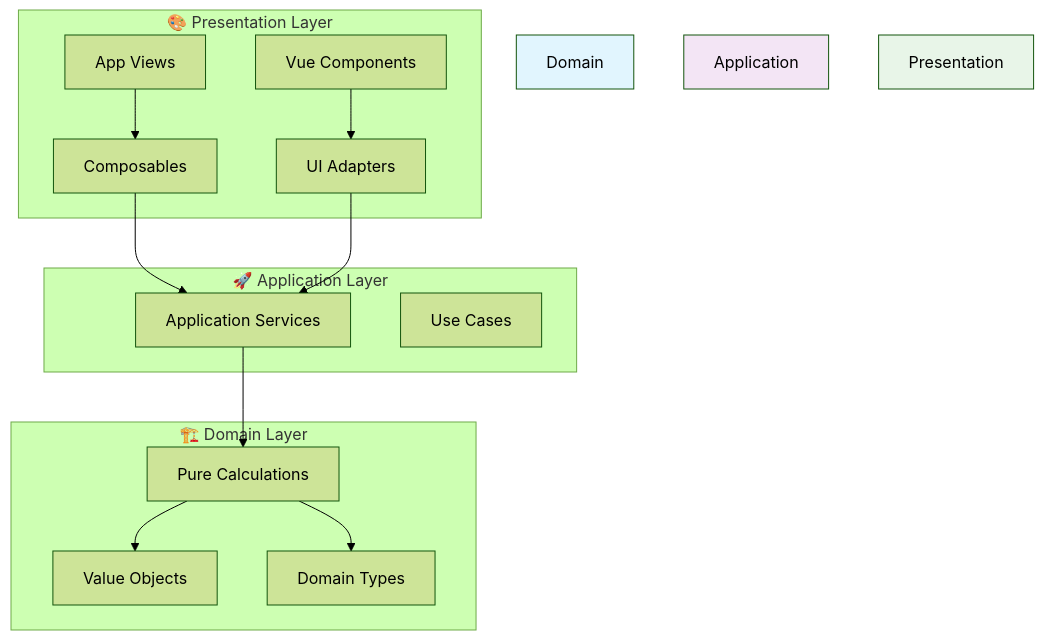
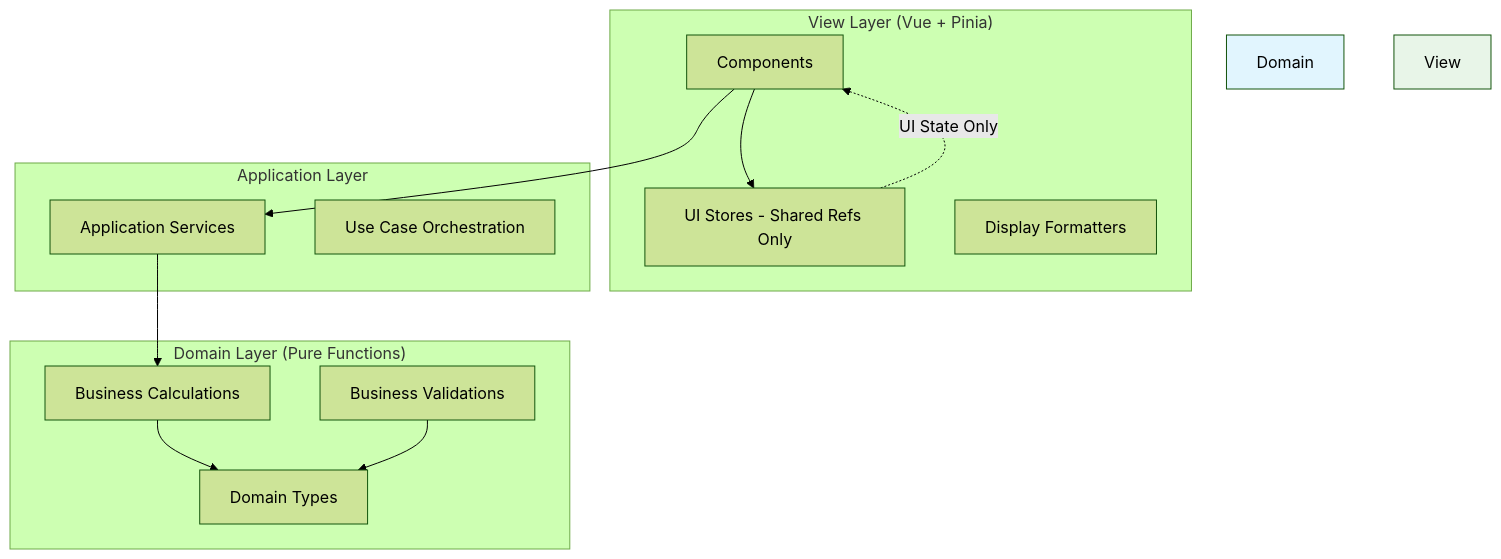
The first of 3 diagrams in docs/ARCHITECTURE.md (AleksejDix/grundstein), drawn with Mermaid (forest theme) before and after one commit. The commit also changed other lines of this file and 14 other files, not shown here.

````diff
--- a/docs/ARCHITECTURE.md
+++ b/docs/ARCHITECTURE.md
@@ -11,32 +28,29 @@
 ```mermaid
 graph TB
-    subgraph "🎨 Presentation Layer"
-        UI[Vue Components]
-        Views[App Views]
-        Composables[Composables]
-        Adapters[UI Adapters]
+    subgraph "View Layer (Vue + Pinia)"
+        UI[Components]
+        STORES[UI Stores - Shared Refs Only]
+        FORMATTERS[Display Formatters]
     end
 
-    subgraph "🚀 Application Layer"
-        AppServices[Application Services]
-        UseCases[Use Cases]
+    subgraph "Application Layer"
+        SERVICES[Application Services]
+        ORCHESTRATION[Use Case Orchestration]
     end
 
-    subgraph "🏗️ Domain Layer"
-        ValueObjects[Value Objects]
-        DomainTypes[Domain Types]
-        Calculations[Pure Calculations]
+    subgraph "Domain Layer (Pure Functions)"
+        CALCULATIONS[Business Calculations]
+        VALIDATIONS[Business Validations]
+        TYPES[Domain Types]
     end
 
-    UI --> Adapters
-    Views --> Composables
-    Composables --> AppServices
-    Adapters --> AppServices
-    AppServices --> Calculations
-    Calculations --> ValueObjects
-    Calculations --> DomainTypes
+    UI --> STORES
+    UI --> SERVICES
+    STORES -.-> |UI State Only| UI
+    SERVICES --> CALCULATIONS
+    CALCULATIONS --> TYPES
+    VALIDATIONS --> TYPES
 
     style Domain fill:#e1f5fe
-    style Application fill:#f3e5f5
-    style Presentation fill:#e8f5e8
+    style View fill:#e8f5e8
 ```
````
